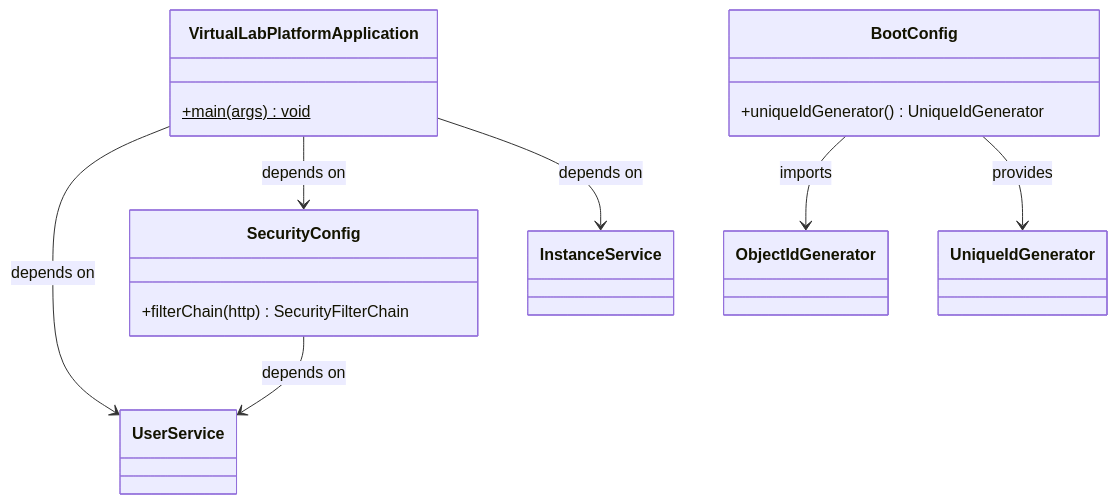
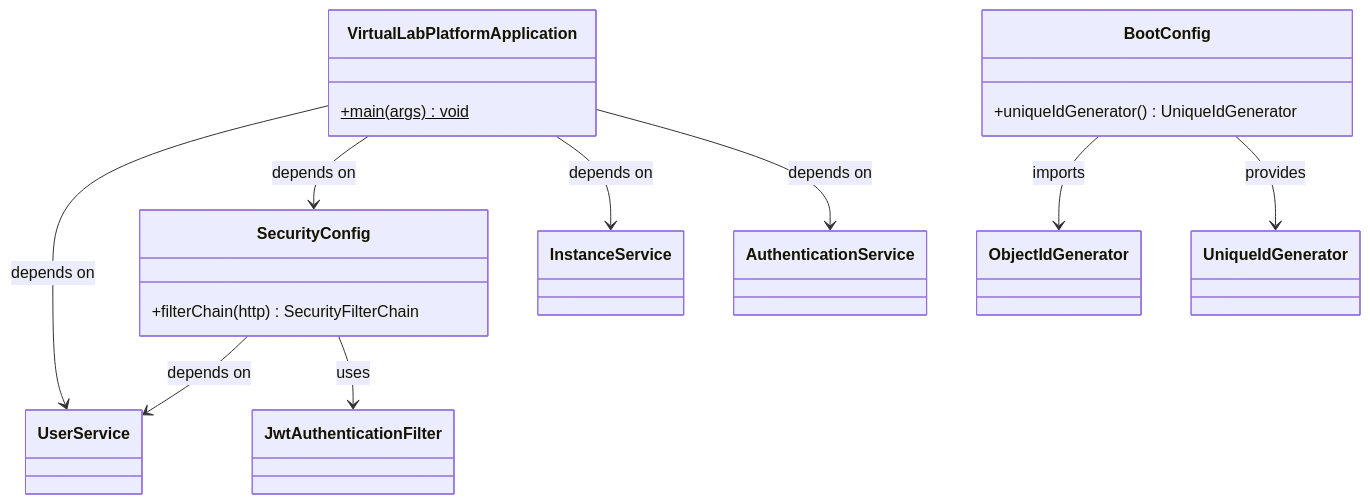
The sixth of 7 diagrams in architecture/ARCHITECTURE.md (Univalle-Gadim-Lab/virtual-lab-platform), drawn with Mermaid before and after one commit. The commit also changed other lines of this file, not shown here.

First line of the commit message:
docs(architecture): add authentication module documentation

````diff
--- a/architecture/ARCHITECTURE.md
+++ b/architecture/ARCHITECTURE.md
@@ -636,23 +781,25 @@
 ```mermaid
 classDiagram
     direction TB
 
     class VirtualLabPlatformApplication {
         +main(args) void$
     }
 
     class SecurityConfig {
         +filterChain(http) SecurityFilterChain
     }
 
     class BootConfig {
         +uniqueIdGenerator() UniqueIdGenerator
     }
 
     VirtualLabPlatformApplication --> UserService : depends on
     VirtualLabPlatformApplication --> SecurityConfig : depends on
     VirtualLabPlatformApplication --> InstanceService : depends on
+    VirtualLabPlatformApplication --> AuthenticationService : depends on
     SecurityConfig --> UserService : depends on
+    SecurityConfig --> JwtAuthenticationFilter : uses
     BootConfig --> ObjectIdGenerator : imports
     BootConfig --> UniqueIdGenerator : provides
 ```
````
